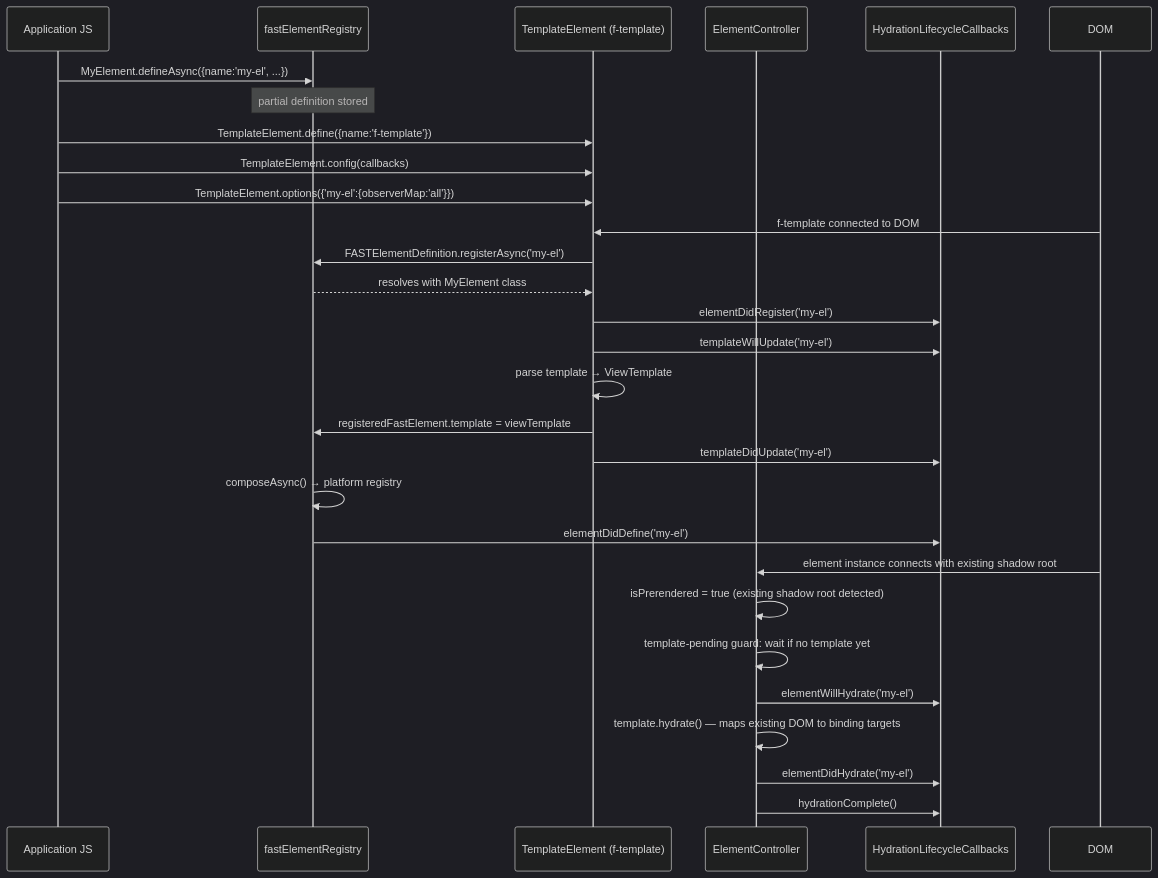
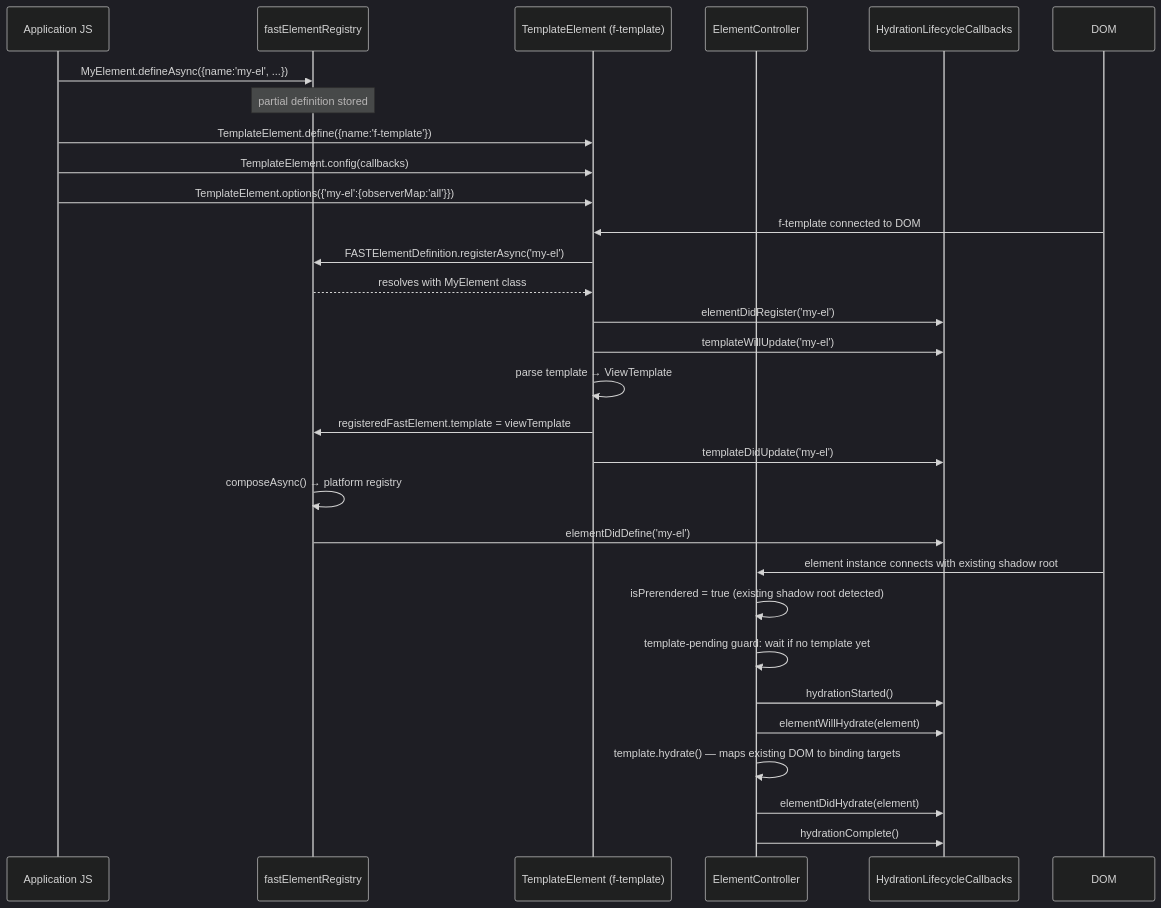
The fourth of 4 diagrams in packages/fast-html/DESIGN.md (microsoft/fast), drawn with Mermaid (dark theme) before and after one commit. The commit also changed other lines of this file and 3 other files, not shown here.

First line of the commit message:
docs: update callback signatures for element-level hydration tracking

````diff
--- a/packages/fast-html/DESIGN.md
+++ b/packages/fast-html/DESIGN.md
@@ -307,34 +307,35 @@
 ```mermaid
 sequenceDiagram
     participant App as Application JS
     participant FER as fastElementRegistry
     participant TE as TemplateElement (f-template)
     participant EC as ElementController
     participant Callbacks as HydrationLifecycleCallbacks
 
     App->>FER: MyElement.defineAsync({name:'my-el', ...})
     note over FER: partial definition stored
 
     App->>TE: TemplateElement.define({name:'f-template'})
     App->>TE: TemplateElement.config(callbacks)
     App->>TE: TemplateElement.options({'my-el':{observerMap:'all'}})
 
     DOM->>TE: f-template connected to DOM
     TE->>FER: FASTElementDefinition.registerAsync('my-el')
     FER-->>TE: resolves with MyElement class
     TE->>Callbacks: elementDidRegister('my-el')
     TE->>Callbacks: templateWillUpdate('my-el')
     TE->>TE: parse template → ViewTemplate
     TE->>FER: registeredFastElement.template = viewTemplate
     TE->>Callbacks: templateDidUpdate('my-el')
     FER->>FER: composeAsync() → platform registry
     FER->>Callbacks: elementDidDefine('my-el')
 
     DOM->>EC: element instance connects with existing shadow root
     EC->>EC: isPrerendered = true (existing shadow root detected)
     EC->>EC: template-pending guard: wait if no template yet
-    EC->>Callbacks: elementWillHydrate('my-el')
+    EC->>Callbacks: hydrationStarted()
+    EC->>Callbacks: elementWillHydrate(element)
     EC->>EC: template.hydrate() — maps existing DOM to binding targets
-    EC->>Callbacks: elementDidHydrate('my-el')
+    EC->>Callbacks: elementDidHydrate(element)
     EC->>Callbacks: hydrationComplete()
 ```
````
